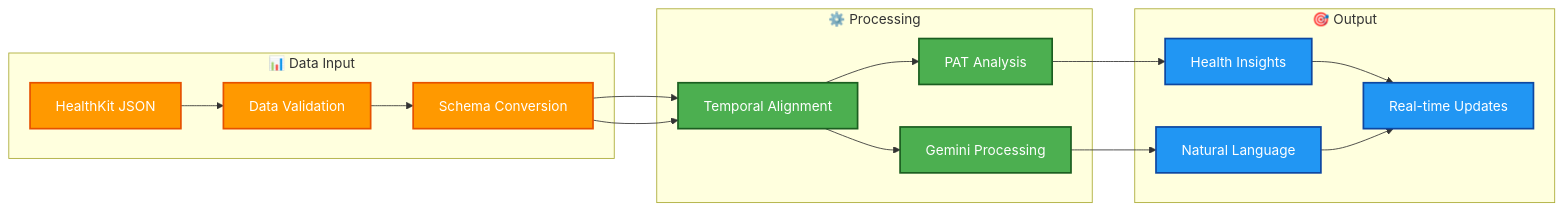
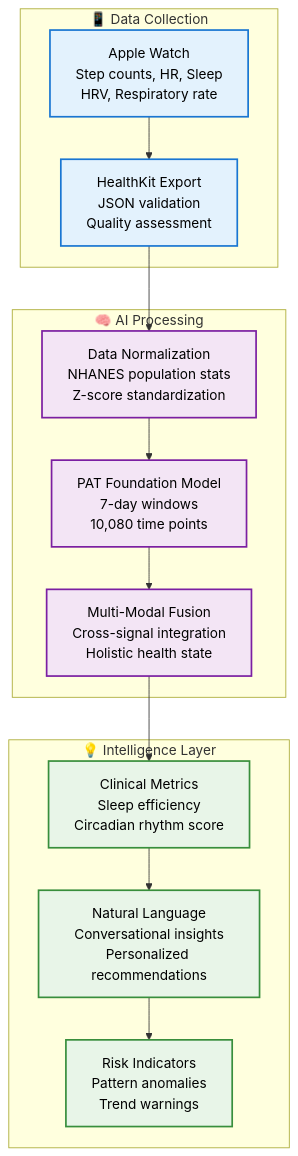
The first of 2 diagrams in docs/README.md (Clairty-Digital-Twin/clarity-loop-backend), drawn with Mermaid before and after one commit. The commit also changed other lines of this file and 3 other files, not shown here.

First line of the commit message:
fix: Refactor health data API tests and enhance type hinting for clarity

````diff
--- a/docs/README.md
+++ b/docs/README.md
@@ -120,36 +29,30 @@
 ```mermaid
-graph LR
-    subgraph Input ["📊 Data Input"]
-        A[HealthKit JSON]
-        B[Data Validation]
-        C[Schema Conversion]
+graph TB
+    subgraph DataCollection ["📱 Data Collection"]
+        A[Apple Watch<br/>Step counts, HR, Sleep<br/>HRV, Respiratory rate]
+        B[HealthKit Export<br/>JSON validation<br/>Quality assessment]
     end
     
-    subgraph Process ["⚙️ Processing"]
-        D[Temporal Alignment]
-        E[PAT Analysis]
-        F[Gemini Processing]
+    subgraph Processing ["🧠 AI Processing"]
+        C[Data Normalization<br/>NHANES population stats<br/>Z-score standardization]
+        D[PAT Foundation Model<br/>7-day windows<br/>10,080 time points]
+        E[Multi-Modal Fusion<br/>Cross-signal integration<br/>Holistic health state]
     end
     
-    subgraph Output ["🎯 Output"]
-        G[Health Insights]
-        H[Natural Language]
-        I[Real-time Updates]
+    subgraph Intelligence ["💡 Intelligence Layer"]
+        F[Clinical Metrics<br/>Sleep efficiency<br/>Circadian rhythm score]
+        G[Natural Language<br/>Conversational insights<br/>Personalized recommendations]
+        H[Risk Indicators<br/>Pattern anomalies<br/>Trend warnings]
     end
     
-    A --> B --> C
-    C --> D --> E
-    C --> D --> F
-    E --> G
-    F --> H
-    G --> I
-    H --> I
+    A --> B --> C --> D --> E
+    E --> F --> G --> H
     
-    classDef input fill:#ff9900,stroke:#e65100,stroke-width:2px,color:white
-    classDef process fill:#4caf50,stroke:#1b5e20,stroke-width:2px,color:white
-    classDef output fill:#2196f3,stroke:#0d47a1,stroke-width:2px,color:white
+    classDef collection fill:#e3f2fd,stroke:#1976d2,stroke-width:2px,color:black
+    classDef processing fill:#f3e5f5,stroke:#7b1fa2,stroke-width:2px,color:black
+    classDef intelligence fill:#e8f5e8,stroke:#388e3c,stroke-width:2px,color:black
     
-    class A,B,C input
-    class D,E,F process
-    class G,H,I output
+    class A,B collection
+    class C,D,E processing
+    class F,G,H intelligence
 ```
````
